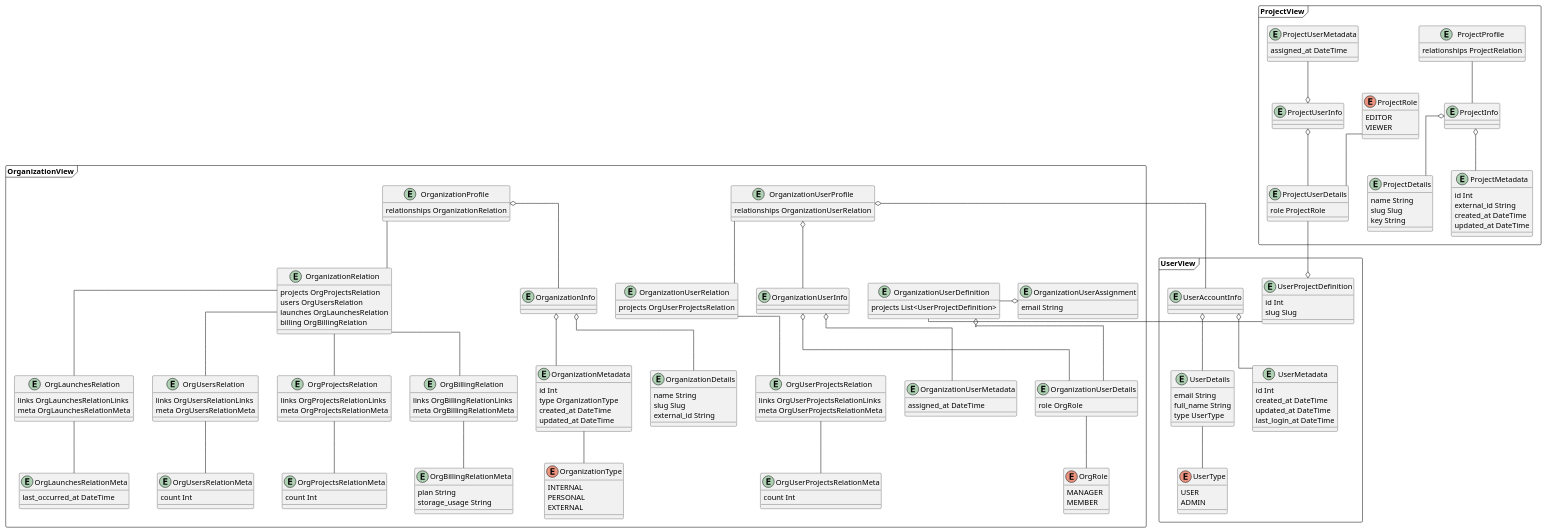
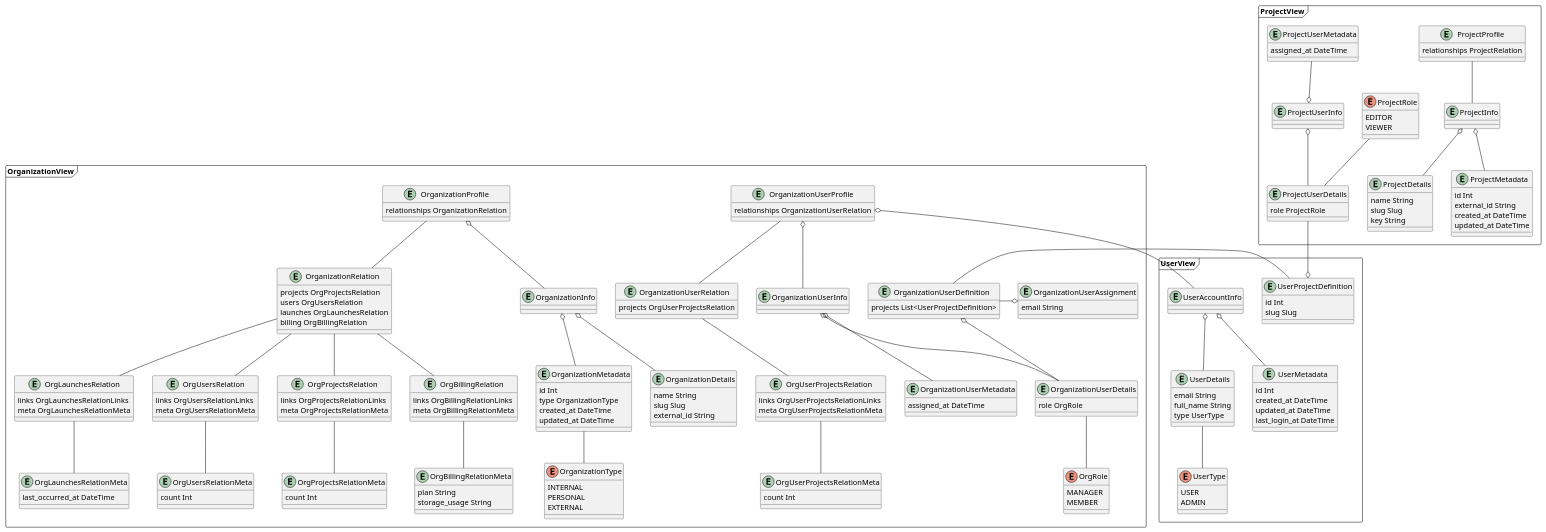
One commit to reportportal/api-registry changed the diagram in docs/organizations/orgnizations.puml. Above: the diagram before and after it, drawn with PlantUML.

Commit message:
Update organization view in orgnizations.puml

```diff
--- a/docs/organizations/orgnizations.puml
+++ b/docs/organizations/orgnizations.puml
@@ -5,6 +5,4 @@
 @startuml organizational-entities
-
-skinparam linetype ortho
 
 frame OrganizationView {
   entity OrganizationProfile {
```
